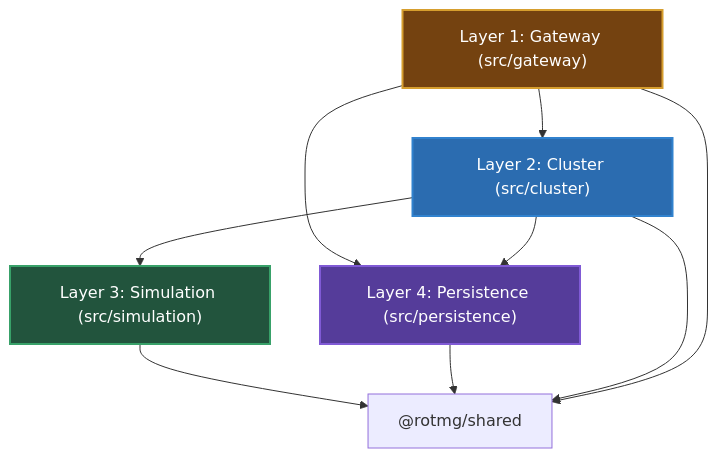
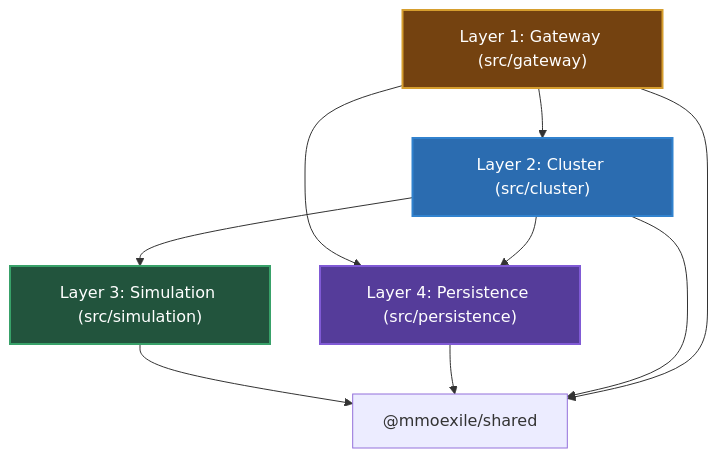
One commit to bigabig/mmoexile changed the first of 4 diagrams in packages/server/ARCHITECTURE.md. Above: the diagram before and after it, drawn with Mermaid. The commit also changed other lines of this file and 46 other files, not shown here.

Commit message:
S0.2: Rename package scope from @rotmg to @mmoexile

````diff
--- a/packages/server/ARCHITECTURE.md
+++ b/packages/server/ARCHITECTURE.md
@@ -19,16 +19,16 @@
 ```mermaid
 flowchart TD
     G["Layer 1: Gateway (src/gateway)"] --> C["Layer 2: Cluster (src/cluster)"]
     G --> P["Layer 4: Persistence (src/persistence)"]
     C --> S["Layer 3: Simulation (src/simulation)"]
     C --> P
-    S --> SH["@rotmg/shared"]
+    S --> SH["@mmoexile/shared"]
     P --> SH
     C --> SH
     G --> SH
 
     style S fill:#22543d,stroke:#38a169,stroke-width:2px,color:#fff
     style C fill:#2b6cb0,stroke:#3182ce,stroke-width:2px,color:#fff
     style G fill:#744210,stroke:#d69e2e,stroke-width:2px,color:#fff
     style P fill:#553c9a,stroke:#805ad5,stroke-width:2px,color:#fff
 ```
````
